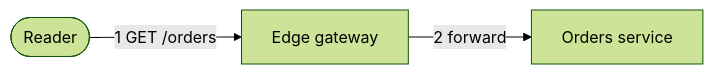
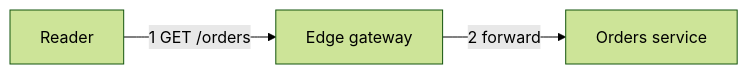
One commit to aditya11201/pstack changed the second of 4 diagrams in skills/learn-with-me/templates/lesson.md. Above: the diagram before and after it, drawn with Mermaid (forest theme). The commit also changed other lines of this file and 19 other files, not shown here.

````diff
--- a/skills/learn-with-me/templates/lesson.md
+++ b/skills/learn-with-me/templates/lesson.md
@@ -51,5 +65,5 @@
 ```mermaid
 flowchart LR
-  client([Reader]) -->|1 GET /orders| gateway[Edge gateway]
+  client[Reader] -->|1 GET /orders| gateway[Edge gateway]
   gateway -->|2 forward| service[Orders service]
 ```
````
